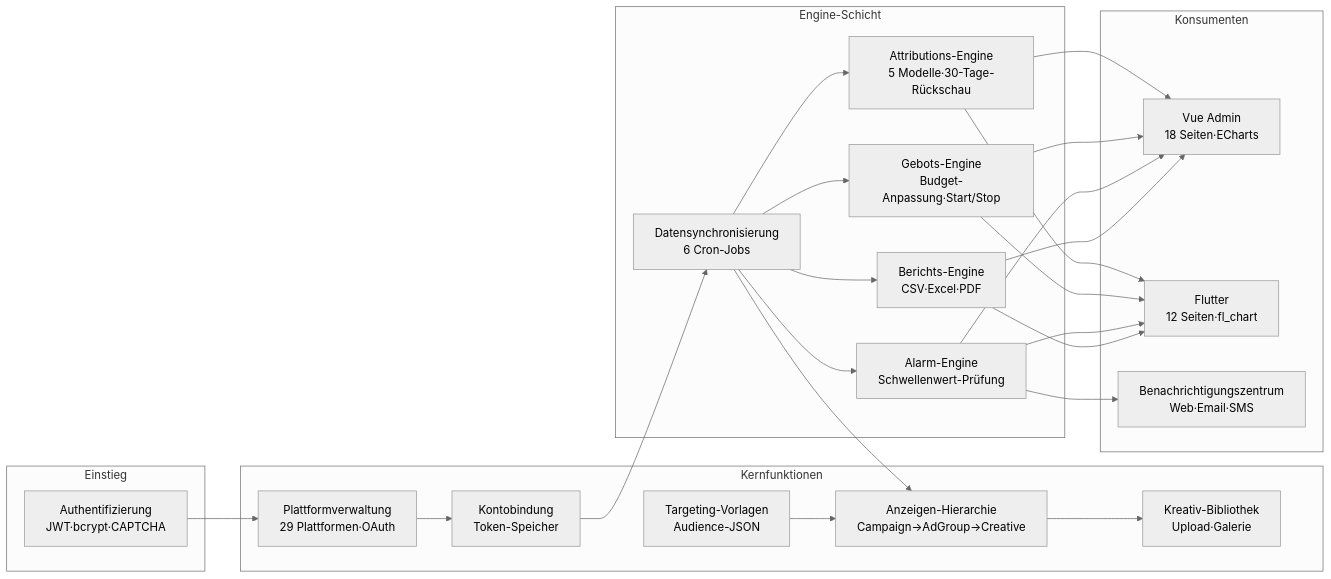
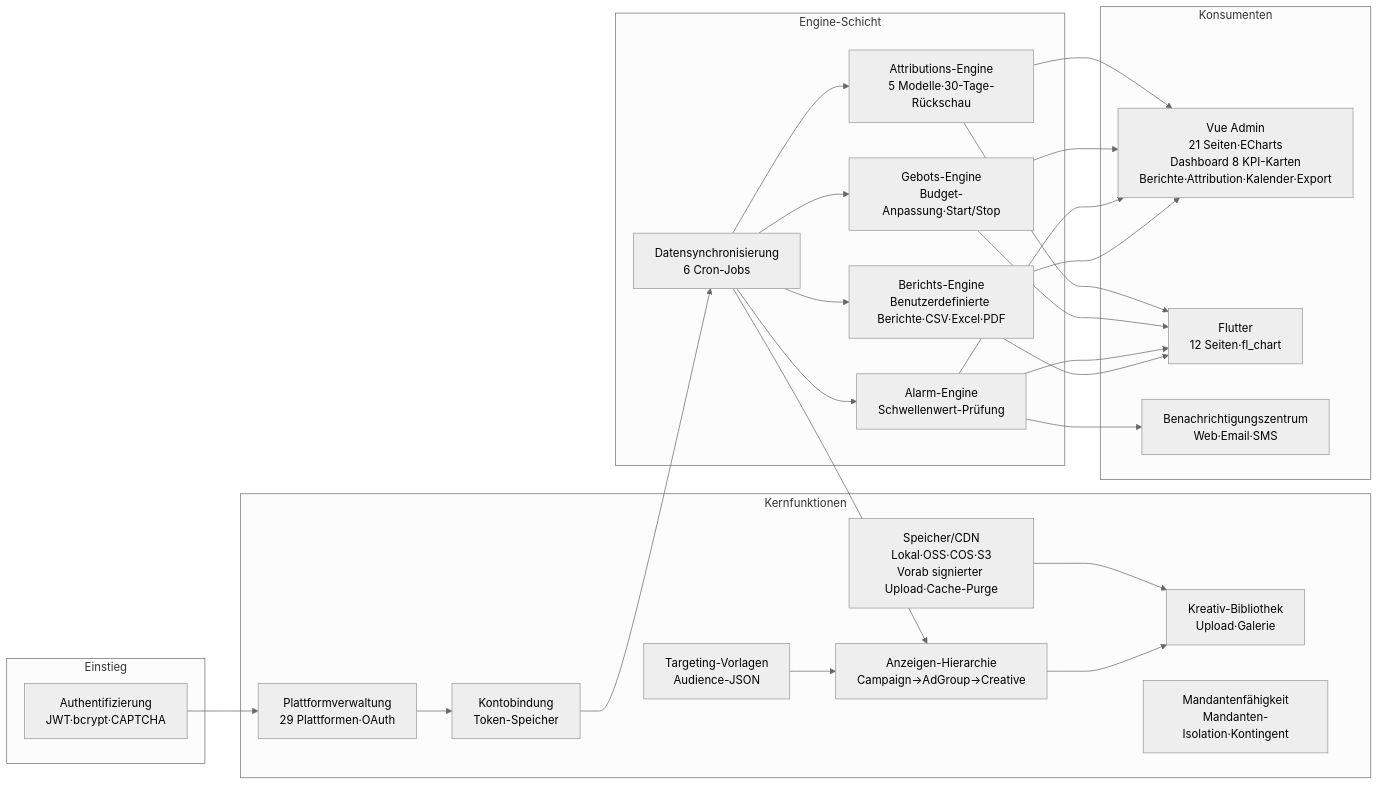
Before and after one commit to erikwang2013/ads-php: the diagram in docs/diagrams/svg/functional-modules.de.mmd, drawn with Mermaid (neutral theme). The commit also changed 64 other files, not shown here.

First line of the commit message:
docs(usage): 使用说明文档 ×13 语言 + 功能模块图更新 + README 使用说明链接

```diff
--- a/docs/diagrams/svg/functional-modules.de.mmd
+++ b/docs/diagrams/svg/functional-modules.de.mmd
@@ -1,29 +1,32 @@
 graph LR
     subgraph Entry["Einstieg"]
         A1["Authentifizierung<br/>JWT·bcrypt·CAPTCHA"]
     end
     subgraph Core["Kernfunktionen"]
         B1["Plattformverwaltung<br/>29 Plattformen·OAuth"]
         B2["Kontobindung<br/>Token-Speicher"]
         B3["Anzeigen-Hierarchie<br/>Campaign→AdGroup→Creative"]
         B4["Kreativ-Bibliothek<br/>Upload·Galerie"]
         B5["Targeting-Vorlagen<br/>Audience-JSON"]
+        B6["Speicher/CDN<br/>Lokal·OSS·COS·S3<br/>Vorab signierter Upload·Cache-Purge"]
+        B7["Mandantenfähigkeit<br/>Mandanten-Isolation·Kontingent"]
     end
     subgraph Engine["Engine-Schicht"]
         C1["Datensynchronisierung<br/>6 Cron-Jobs"]
-        C2["Berichts-Engine<br/>CSV·Excel·PDF"]
+        C2["Berichts-Engine<br/>Benutzerdefinierte Berichte·CSV·Excel·PDF"]
         C3["Alarm-Engine<br/>Schwellenwert-Prüfung"]
         C4["Gebots-Engine<br/>Budget-Anpassung·Start/Stop"]
         C5["Attributions-Engine<br/>5 Modelle·30-Tage-Rückschau"]
     end
     subgraph Endpoint["Konsumenten"]
-        D1["Vue Admin<br/>18 Seiten·ECharts"]
+        D1["Vue Admin<br/>21 Seiten·ECharts<br/>Dashboard 8 KPI-Karten<br/>Berichte·Attribution·Kalender·Export"]
         D2["Flutter<br/>12 Seiten·fl_chart"]
         D3["Benachrichtigungszentrum<br/>Web·Email·SMS"]
     end
     A1 --> B1 --> B2 --> C1
     C1 --> B3 --> B4
     B5 --> B3
+    B6 --> B4
     C1 --> C2 & C3 & C4 & C5
     C2 & C3 & C4 & C5 --> D1 & D2
     C3 --> D3
```
